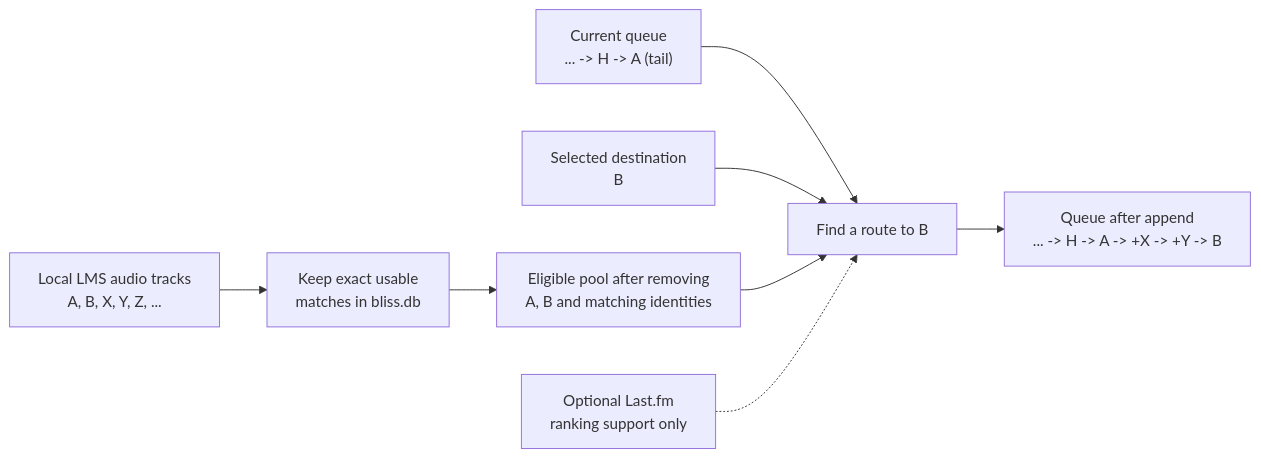
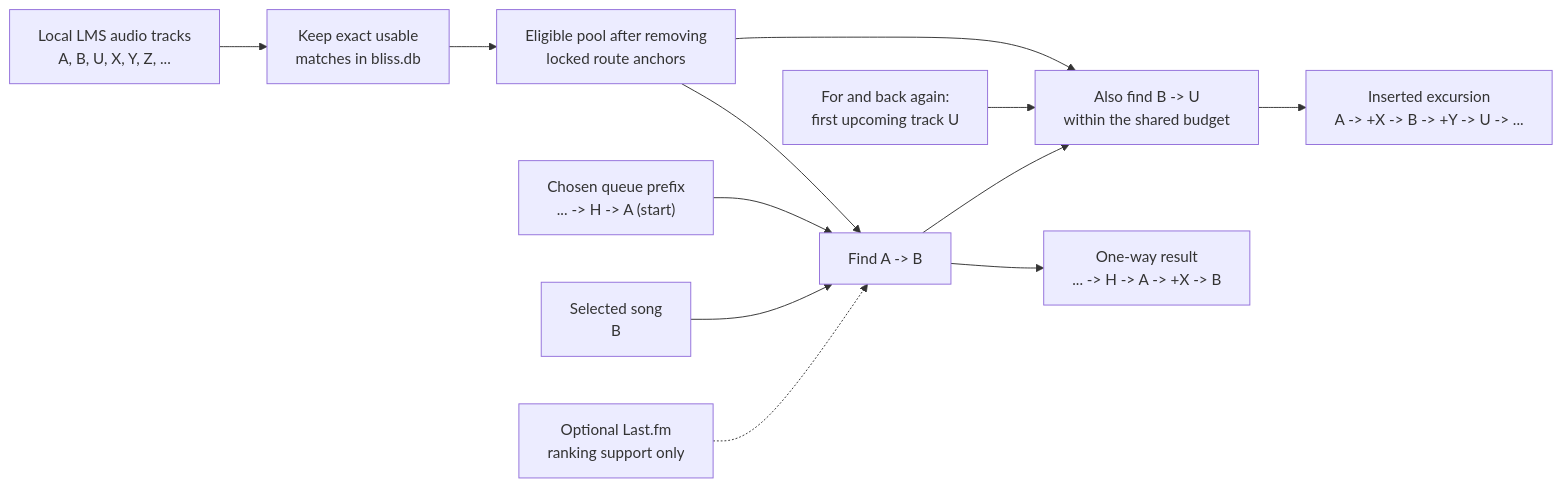
One commit to chrober/lms-better-call-bliss changed the second of 13 diagrams in ALGORITHMS.md. Above: the diagram before and after it, drawn with Mermaid. The commit also changed other lines of this file and 21 other files, not shown here.

```diff
--- a/ALGORITHMS.md
+++ b/ALGORITHMS.md
@@ -122,10 +128,14 @@
 ~~~mermaid
 flowchart LR
-    L["Local LMS audio tracks<br/>A, B, X, Y, Z, ..."] --> I["Keep exact usable<br/>matches in bliss.db"]
-    I --> E["Eligible pool after removing<br/>A, B and matching identities"]
-    Q["Current queue<br/>... -> H -> A (tail)"] --> F["Find a route to B"]
-    D["Selected destination<br/>B"] --> F
+    L["Local LMS audio tracks<br/>A, B, U, X, Y, Z, ..."] --> I["Keep exact usable<br/>matches in bliss.db"]
+    I --> E["Eligible pool after removing<br/>locked route anchors"]
+    Q["Chosen queue prefix<br/>... -> H -> A (start)"] --> F["Find A -> B"]
+    D["Selected song<br/>B"] --> F
     E --> F
     M["Optional Last.fm<br/>ranking support only"] -.-> F
-    F --> R["Queue after append<br/>... -> H -> A -> +X -> +Y -> B"]
+    F --> R["One-way result<br/>... -> H -> A -> +X -> B"]
+    U["For and back again:<br/>first upcoming track U"] --> G["Also find B -> U<br/>within the shared budget"]
+    F --> G
+    E --> G
+    G --> T["Inserted excursion<br/>A -> +X -> B -> +Y -> U -> ..."]
 ~~~
```
